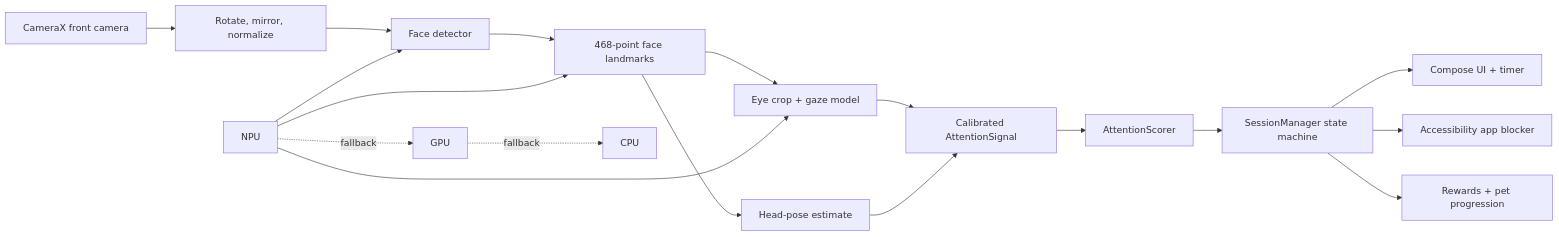
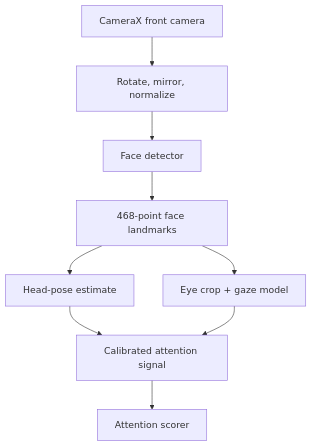
One commit to gabriel-xiong/FocusGuard changed the first of 3 diagrams in README.md. Above: the diagram before and after it, drawn with Mermaid. The commit also changed other lines of this file, not shown here.

Commit message:
docs: improve architecture diagram readability

````diff
--- a/README.md
+++ b/README.md
@@ -20,21 +22,12 @@
 ```mermaid
-flowchart LR
-    C[CameraX front camera] --> P[Rotate, mirror, normalize]
-    P --> F[Face detector]
-    F --> L[468-point face landmarks]
-    L --> E[Eye crop + gaze model]
-    L --> H[Head-pose estimate]
-    E --> A[Calibrated AttentionSignal]
-    H --> A
-    A --> S[AttentionScorer]
-    S --> M[SessionManager state machine]
-    M --> U[Compose UI + timer]
-    M --> B[Accessibility app blocker]
-    M --> R[Rewards + pet progression]
-
-    N[NPU] -. fallback .-> G[GPU]
-    G -. fallback .-> X[CPU]
-    N --> F
-    N --> L
-    N --> E
+flowchart TB
+    A["CameraX front camera"]
+    A --> B["Rotate, mirror, normalize"]
+    B --> C["Face detector"]
+    C --> D["468-point face landmarks"]
+    D --> E["Head-pose estimate"]
+    D --> F["Eye crop + gaze model"]
+    E --> G["Calibrated attention signal"]
+    F --> G
+    G --> H["Attention scorer"]
 ```
````
